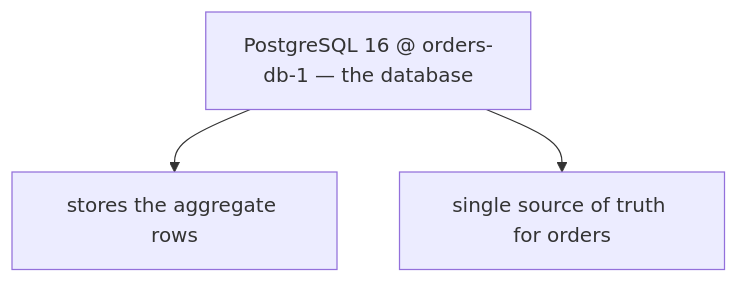
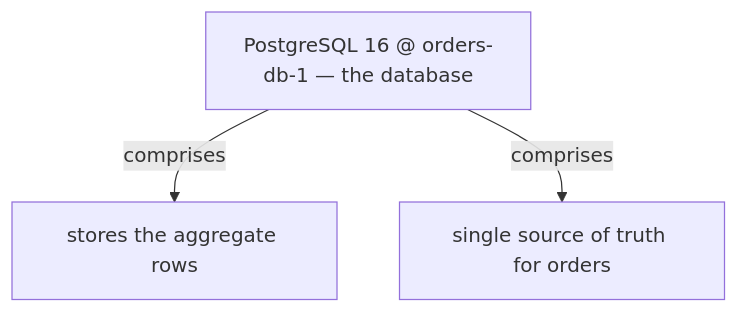
Before and after one commit to vinayakuber/microservices-io-study-guide: the eighth of 14 diagrams in docs/ch18-domain-model.md, drawn with Mermaid. The commit also changed other lines of this file and 71 other files, not shown here.

First line of the commit message:
R18: label every diagram arrow with its meaning

````diff
--- a/docs/ch18-domain-model.md
+++ b/docs/ch18-domain-model.md
@@ -251,6 +251,6 @@
 ```mermaid
 flowchart TD
   R["PostgreSQL 16 @ orders-db-1 — the database"]
-  R --> P0["stores the aggregate rows"]
-  R --> P1["single source of truth for orders"]
+  R -->|"comprises"| P0["stores the aggregate rows"]
+  R -->|"comprises"| P1["single source of truth for orders"]
 ```
````
